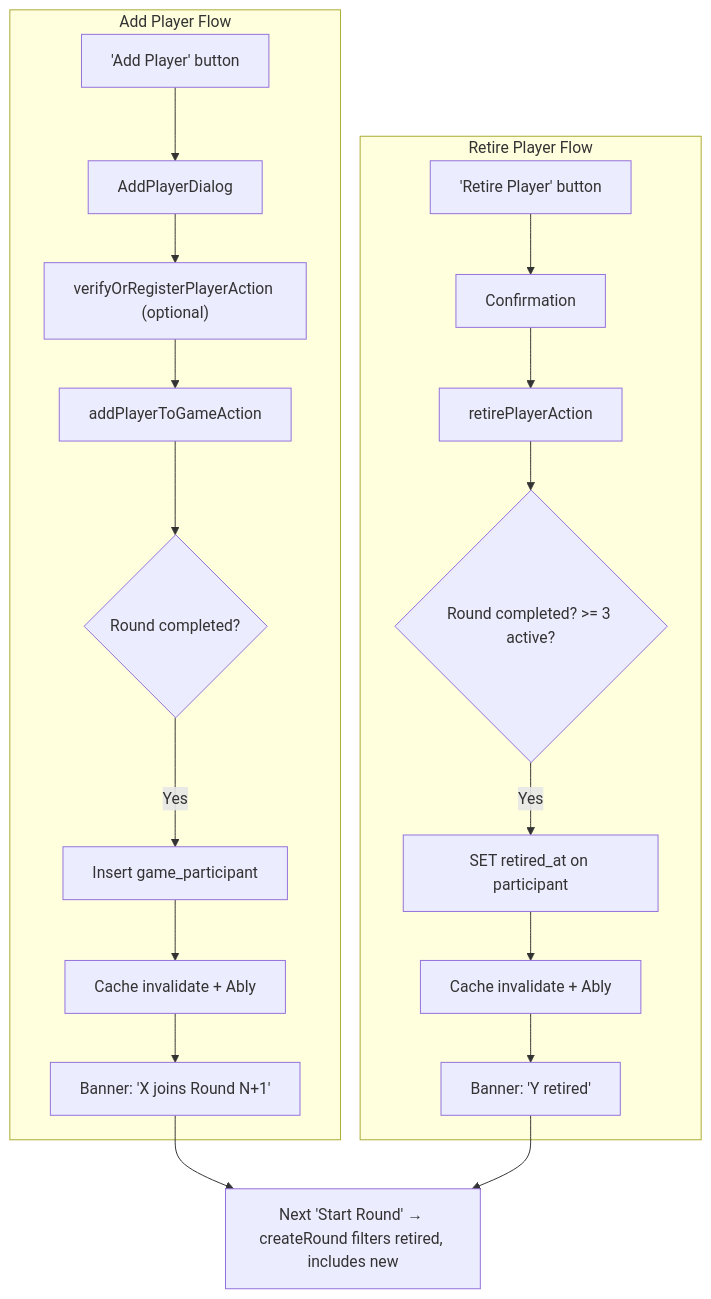
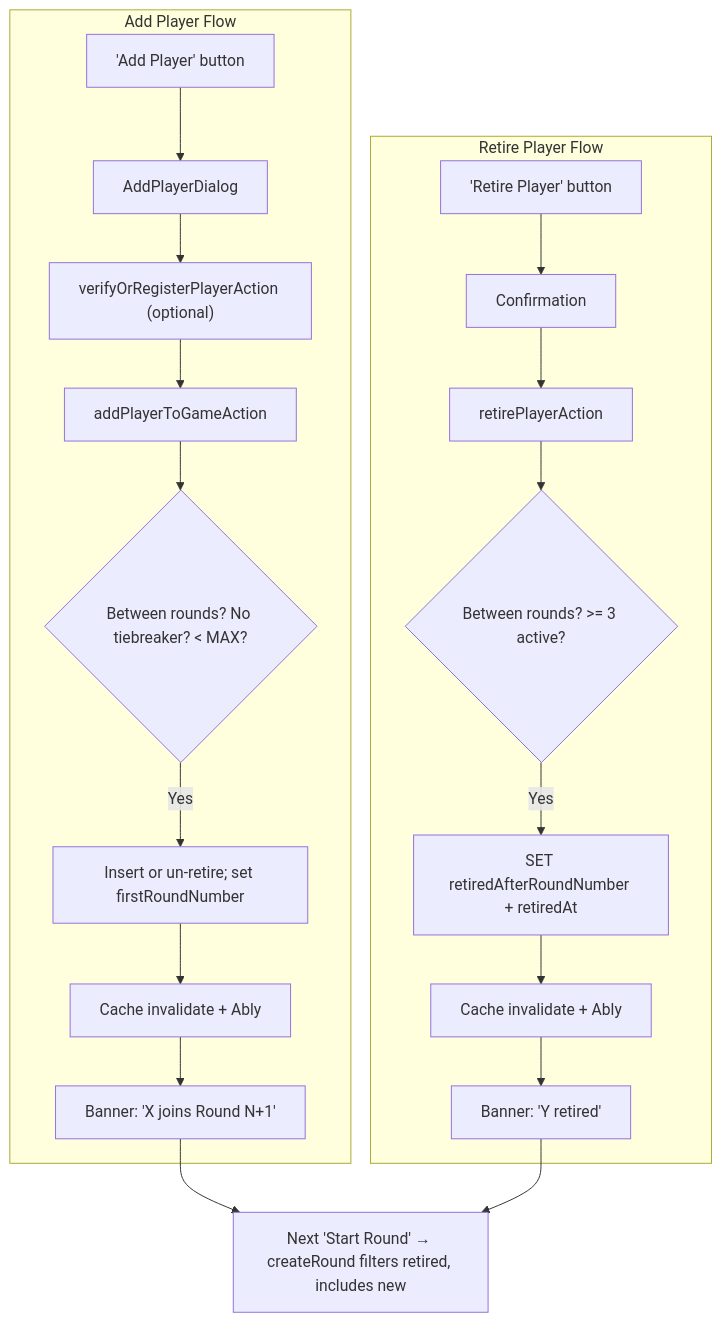
The diagram in .cursor/plans/add_player_mid-game_analysis_6bee0f10.plan.md (arumie/three-dice-game), drawn with Mermaid before and after one commit. The commit also changed other lines of this file and 20 other files, not shown here.

First line of the commit message:
✨ Add and retire players between rounds

````diff
--- a/.cursor/plans/add_player_mid-game_analysis_6bee0f10.plan.md
+++ b/.cursor/plans/add_player_mid-game_analysis_6bee0f10.plan.md
@@ -200,24 +500,24 @@
 ```mermaid
 flowchart TD
     subgraph addFlow [Add Player Flow]
         A1["'Add Player' button"] --> A2[AddPlayerDialog]
         A2 --> A3["verifyOrRegisterPlayerAction (optional)"]
         A3 --> A4[addPlayerToGameAction]
-        A4 --> A5{"Round completed?"}
-        A5 -->|Yes| A6["Insert game_participant"]
+        A4 --> A5{"Between rounds? No tiebreaker? < MAX?"}
+        A5 -->|Yes| A6["Insert or un-retire; set firstRoundNumber"]
         A6 --> A7["Cache invalidate + Ably"]
         A7 --> A8["Banner: 'X joins Round N+1'"]
     end
 
     subgraph retireFlow [Retire Player Flow]
         R1["'Retire Player' button"] --> R2[Confirmation]
         R2 --> R3[retirePlayerAction]
-        R3 --> R4{"Round completed? >= 3 active?"}
-        R4 -->|Yes| R5["SET retired_at on participant"]
+        R3 --> R4{"Between rounds? >= 3 active?"}
+        R4 -->|Yes| R5["SET retiredAfterRoundNumber + retiredAt"]
         R5 --> R6["Cache invalidate + Ably"]
         R6 --> R7["Banner: 'Y retired'"]
     end
 
     A8 --> N["Next 'Start Round' → createRound filters retired, includes new"]
     R7 --> N
 ```
````
